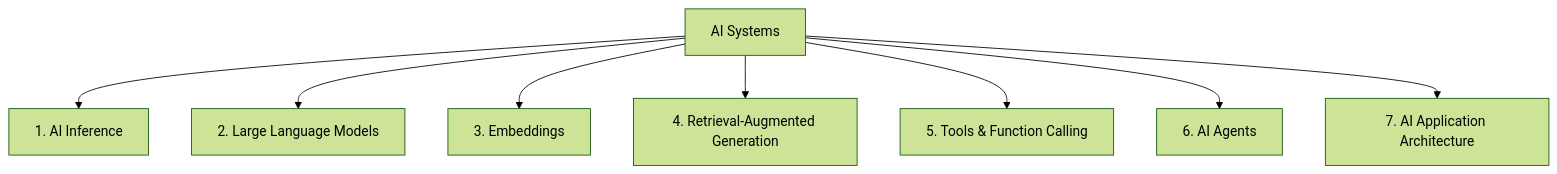
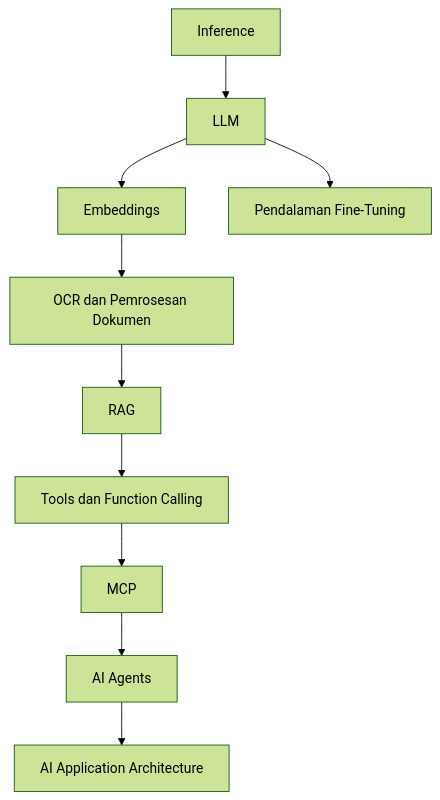
One commit to Dzoel31/learning changed the second of 2 diagrams in docs/ai/ai-systems/overview.md. Above: the diagram before and after it, drawn with Mermaid (forest theme). The commit also changed other lines of this file and 26 other files, not shown here.

````diff
--- a/docs/ai/ai-systems/overview.md
+++ b/docs/ai/ai-systems/overview.md
@@ -56,11 +60,12 @@
 ```mermaid
-graph TD
-    A[AI Systems]
-    A --> B[1. AI Inference]
-    A --> C[2. Large Language Models]
-    A --> D[3. Embeddings]
-    A --> E[4. Retrieval-Augmented Generation]
-    A --> F[5. Tools & Function Calling]
-    A --> G[6. AI Agents]
-    A --> H[7. AI Application Architecture]
+flowchart TD
+    A[Inference] --> B[LLM]
+    B --> C[Embeddings]
+    C --> D[OCR dan Pemrosesan Dokumen]
+    D --> E[RAG]
+    E --> F[Tools dan Function Calling]
+    F --> G[MCP]
+    G --> H[AI Agents]
+    H --> I[AI Application Architecture]
+    B --> J[Pendalaman Fine-Tuning]
 ```
````
